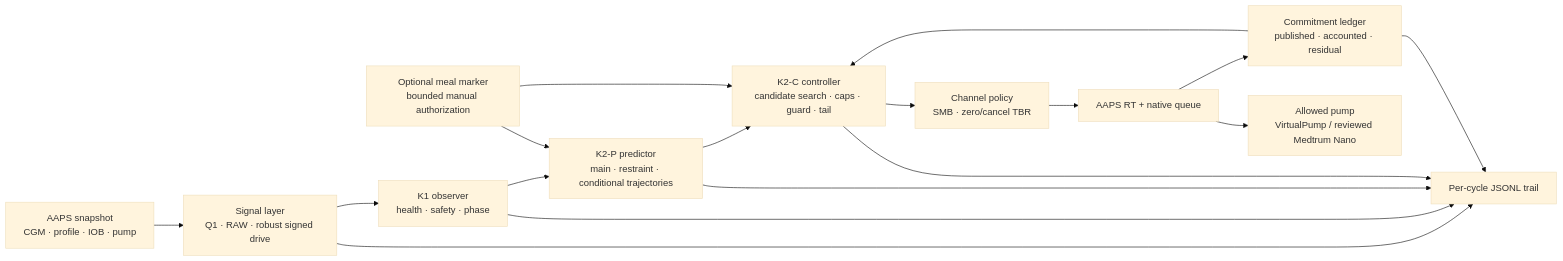
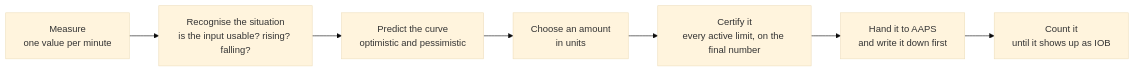
The diagram in README.md (toniuhlemann/AndroidAPS), drawn with Mermaid (base theme) before and after one commit. The commit also changed other lines of this file, not shown here.

````diff
--- a/README.md
+++ b/README.md
@@ -37,19 +78,9 @@
 ```mermaid
 flowchart LR
-    A["AAPS snapshot<br/>CGM · profile · IOB · pump"] --> B["Signal layer<br/>Q1 · RAW · robust signed drive"]
-    B --> C["K1 observer<br/>health · safety · phase"]
-    C --> D["K2-P predictor<br/>main · restraint · conditional trajectories"]
-    D --> E["K2-C controller<br/>candidate search · caps · guard · tail"]
-    M["Optional meal marker<br/>bounded manual authorization"] --> D
-    M --> E
-    L["Commitment ledger<br/>published · accounted · residual"] --> E
-    E --> F["Channel policy<br/>SMB · zero/cancel TBR"]
-    F --> G["AAPS RT + native queue"]
-    G --> H["Allowed pump<br/>VirtualPump / reviewed Medtrum Nano"]
-    G --> L
-    B --> X["Per-cycle JSONL trail"]
-    C --> X
-    D --> X
-    E --> X
-    L --> X
+    S["Measure<br/>one value per minute"] --> T["Recognise the situation<br/>is the input usable? rising? falling?"]
+    T --> U["Predict the curve<br/>optimistic and pessimistic"]
+    U --> V["Choose an amount<br/>in units"]
+    V --> W["Certify it<br/>every active limit, on the final number"]
+    W --> Y["Hand it to AAPS<br/>and write it down first"]
+    Y --> Z["Count it<br/>until it shows up as IOB"]
 ```
````
